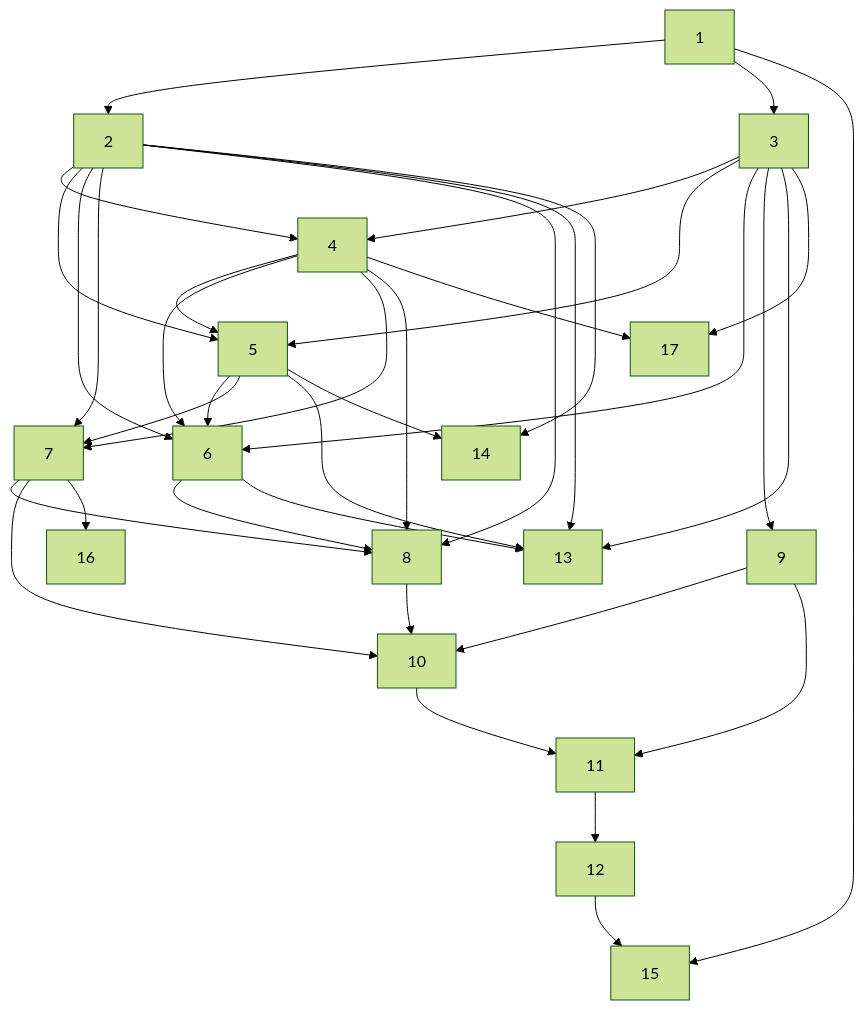
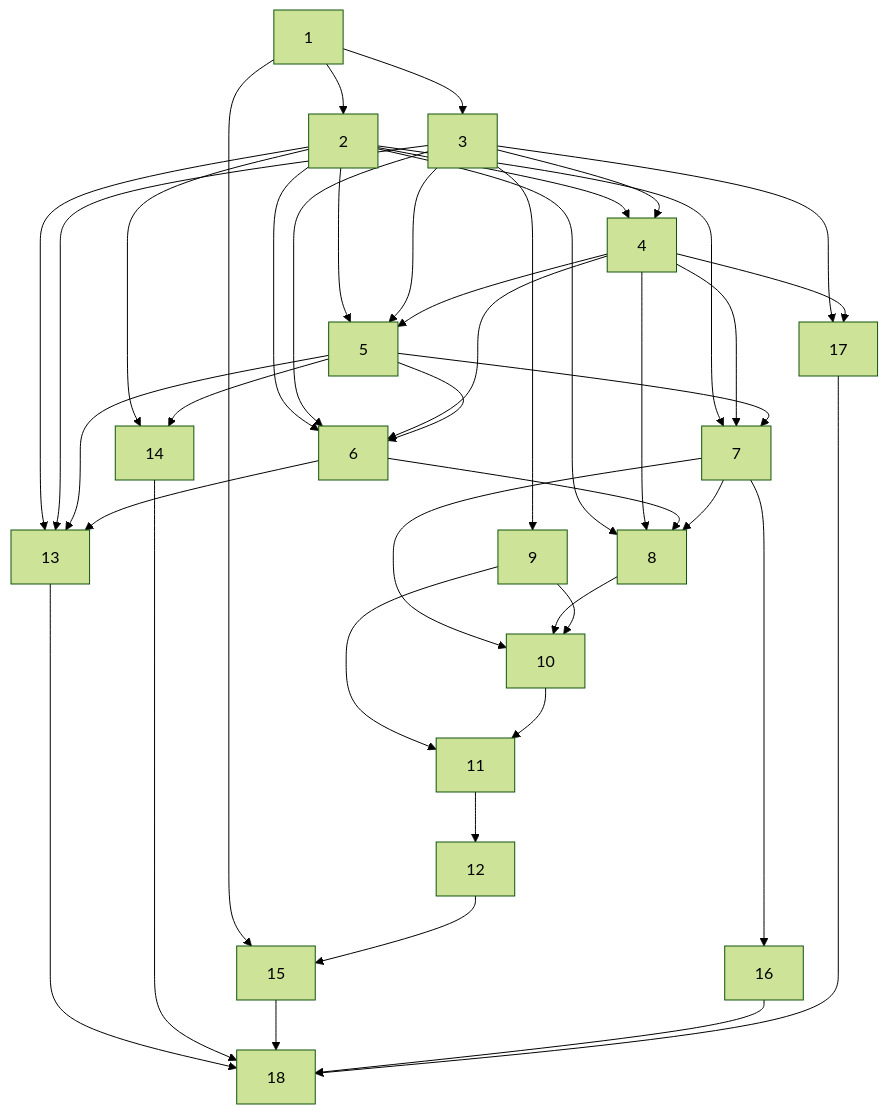
One commit to DevOsamaIslam/rumbo-granada changed the diagram in docs/progress-tracker.md. Above: the diagram before and after it, drawn with Mermaid (forest theme). The commit also changed other lines of this file and 2 other files, not shown here.

````diff
--- a/docs/progress-tracker.md
+++ b/docs/progress-tracker.md
@@ -280,39 +293,44 @@
 ```mermaid
 graph TD
     1 --> 2
     1 --> 3
     2 --> 4
     2 --> 5
     2 --> 6
     2 --> 7
     2 --> 8
     3 --> 4
     3 --> 5
     3 --> 6
     3 --> 9
     4 --> 5
     4 --> 6
     4 --> 7
     4 --> 8
     5 --> 6
     5 --> 7
     6 --> 8
     7 --> 8
     7 --> 10
     8 --> 10
     9 --> 10
     9 --> 11
     10 --> 11
     11 --> 12
     2 --> 13
     3 --> 13
     5 --> 13
     6 --> 13
     2 --> 14
     5 --> 14
     1 --> 15
     12 --> 15
     7 --> 16
     3 --> 17
     4 --> 17
+    13 --> 18
+    14 --> 18
+    15 --> 18
+    16 --> 18
+    17 --> 18
 ```
````
